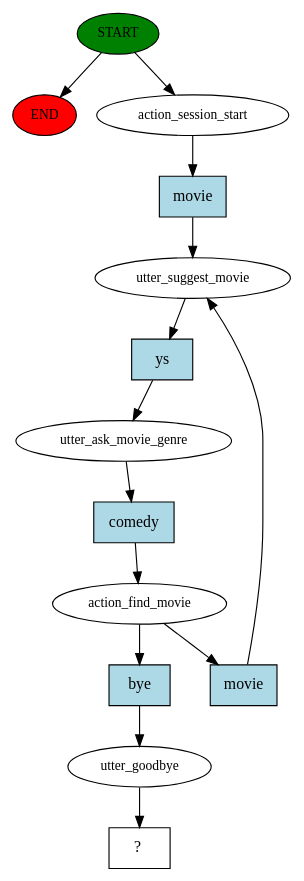
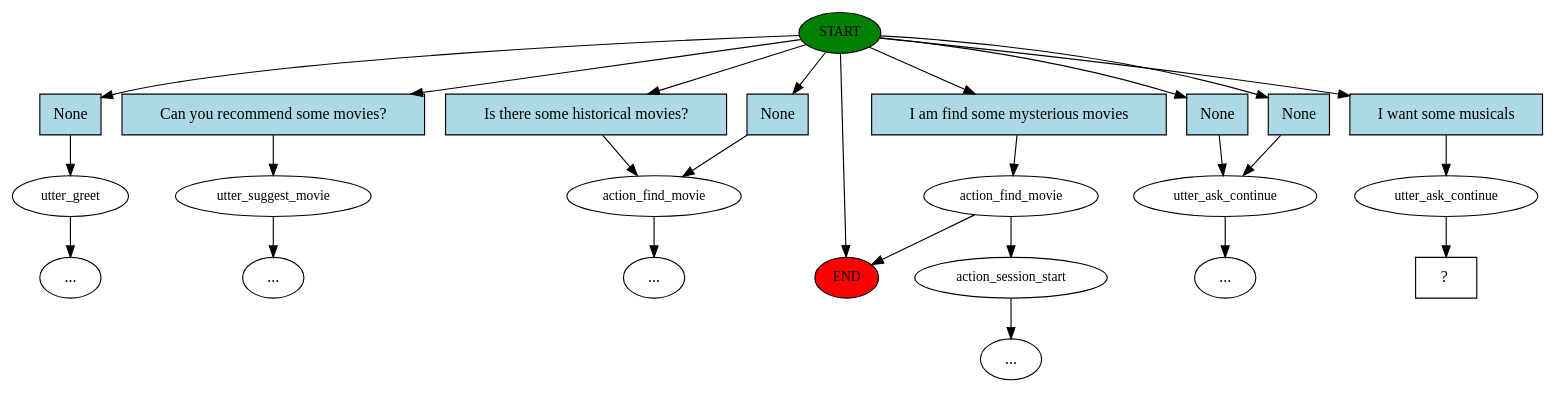
The diagram in chatbot/story_graph.dot (JJTam/COMP4461-Project2-Rasa-Chatbot), drawn with Graphviz before and after one commit. The commit also changed 22 other files, not shown here.

```diff
--- a/chatbot/story_graph.dot
+++ b/chatbot/story_graph.dot
@@ -1,28 +1,50 @@
 digraph  {
 0 [class="start active", fillcolor=green, fontsize=12, label=START, style=filled];
 "-1" [class=end, fillcolor=red, fontsize=12, label=END, style=filled];
-1 [class=active, fontsize=12, label=action_session_start];
-2 [class=active, fontsize=12, label=utter_suggest_movie];
-3 [class=active, fontsize=12, label=utter_ask_movie_genre];
-4 [class=active, fontsize=12, label=action_find_movie];
-17 [class=active, fontsize=12, label=utter_goodbye];
-18 [class="intent dashed active", label="  ?  ", shape=rect];
-19 [class="intent active", fillcolor=lightblue, label=movie, shape=rect, style=filled];
-20 [class="intent active", fillcolor=lightblue, label=ys, shape=rect, style=filled];
-21 [class="intent active", fillcolor=lightblue, label=comedy, shape=rect, style=filled];
-22 [class="intent active", fillcolor=lightblue, label=movie, shape=rect, style=filled];
-23 [class="intent active", fillcolor=lightblue, label=bye, shape=rect, style=filled];
+1 [class="", fontsize=12, label=utter_greet];
+4 [class="", fontsize=12, label=utter_suggest_movie];
+10 [class="", fontsize=12, label=action_find_movie];
+18 [class="", fontsize=12, label=utter_ask_continue];
+"-21" [class=ellipsis, label="..."];
+"-22" [class=ellipsis, label="..."];
+"-23" [class=ellipsis, label="..."];
+"-24" [class=ellipsis, label="..."];
+23 [class="", fontsize=12, label=action_find_movie];
+26 [class="", fontsize=12, label=action_session_start];
+"-25" [class=ellipsis, label="..."];
+28 [class=active, fontsize=12, label=utter_ask_continue];
+29 [class="intent dashed active", label="  ?  ", shape=rect];
+30 [class=intent, fillcolor=lightblue, label=None, shape=rect, style=filled];
+31 [class=intent, fillcolor=lightblue, label="Can you recommend some movies?", shape=rect, style=filled];
+32 [class=intent, fillcolor=lightblue, label=None, shape=rect, style=filled];
+33 [class=intent, fillcolor=lightblue, label="Is there some historical movies?", shape=rect, style=filled];
+34 [class=intent, fillcolor=lightblue, label=None, shape=rect, style=filled];
+35 [class=intent, fillcolor=lightblue, label=None, shape=rect, style=filled];
+36 [class=intent, fillcolor=lightblue, label="I am find some mysterious movies", shape=rect, style=filled];
+37 [class="intent active", fillcolor=lightblue, label="I want some musicals", shape=rect, style=filled];
 0 -> "-1"  [class="", key=NONE, label=""];
-0 -> 1  [class=active, key=NONE, label=""];
-1 -> 19  [class=active, key=0];
-2 -> 20  [class=active, key=0];
-3 -> 21  [class=active, key=0];
-4 -> 22  [class=active, key=0];
-4 -> 23  [class=active, key=0];
-17 -> 18  [class=active, key=NONE, label=""];
-19 -> 2  [class=active, key=0];
-20 -> 3  [class=active, key=0];
-21 -> 4  [class=active, key=0];
-22 -> 2  [class=active, key=0];
-23 -> 17  [class=active, key=0];
+0 -> 30  [class="", key=0];
+0 -> 31  [class="", key=0];
+0 -> 32  [class="", key=0];
+0 -> 33  [class="", key=0];
+0 -> 34  [class="", key=0];
+0 -> 35  [class="", key=0];
+0 -> 36  [class="", key=0];
+0 -> 37  [class=active, key=0];
+1 -> "-22"  [class="", key=NONE, label=""];
+4 -> "-24"  [class="", key=NONE, label=""];
+10 -> "-23"  [class="", key=NONE, label=""];
+18 -> "-21"  [class="", key=NONE, label=""];
+23 -> "-1"  [class="", key=NONE, label=""];
+23 -> 26  [class="", key=NONE, label=""];
+26 -> "-25"  [class="", key=NONE, label=""];
+28 -> 29  [class=active, key=NONE, label=""];
+30 -> 1  [class="", key=0];
+31 -> 4  [class="", key=0];
+32 -> 10  [class="", key=0];
+33 -> 10  [class="", key=0];
+34 -> 18  [class="", key=0];
+35 -> 18  [class="", key=0];
+36 -> 23  [class="", key=0];
+37 -> 28  [class=active, key=0];
 }
```
